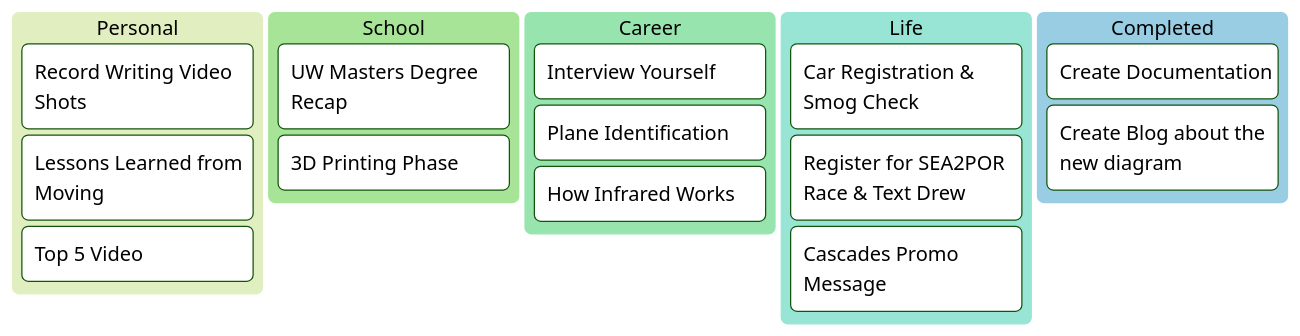
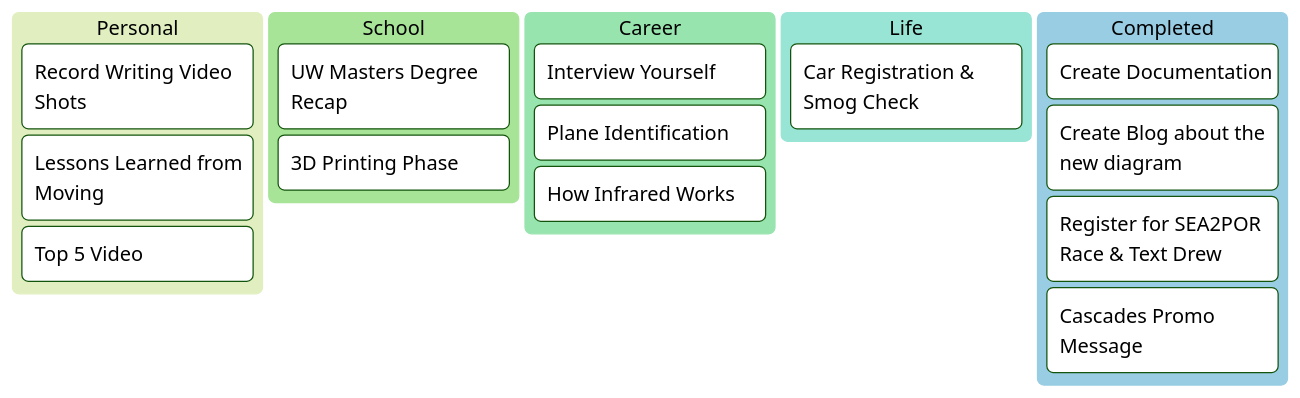
The second of 3 diagrams in Dashboard.md (Bailey-Wu/Bailey-Wu), drawn with Mermaid before and after one commit. The commit also changed other lines of this file, not shown here.

````diff
--- a/Dashboard.md
+++ b/Dashboard.md
@@ -31,22 +31,22 @@
 ```mermaid
 %%{init: {'theme':'forest'}}%%
 kanban
   [Personal]
     [Record Writing Video Shots]
     [Lessons Learned from Moving]
     [Top 5 Video]
   [School]
     [UW Masters Degree Recap]
     [3D Printing Phase]
   [Career]
     [Interview Yourself]
     [Plane Identification]
     [How Infrared Works]
   [Life]
     [Car Registration & Smog Check]
-    [Register for SEA2POR Race & Text Drew]
-    [Cascades Promo Message]
   [Completed]
     [Create Documentation]
     [Create Blog about the new diagram]
+    [Register for SEA2POR Race & Text Drew]
+    [Cascades Promo Message]
 ```
````
